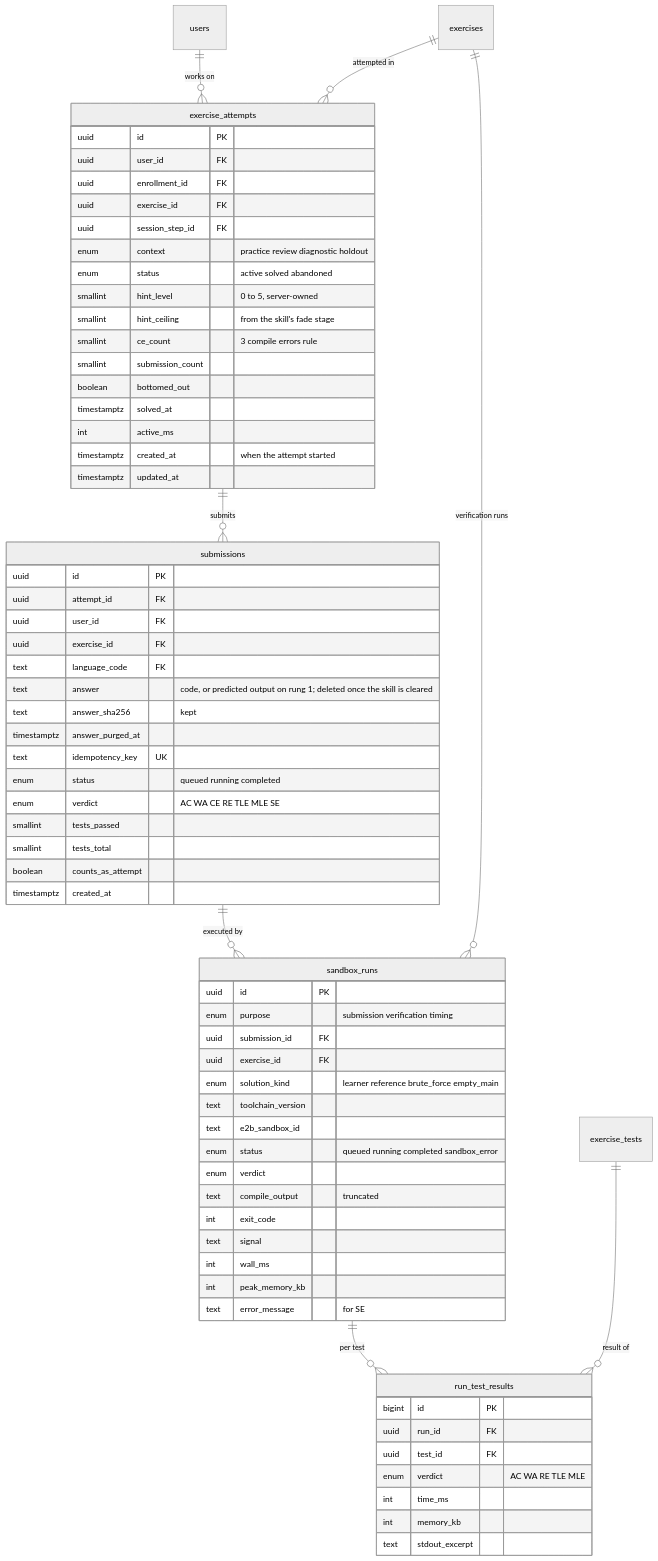
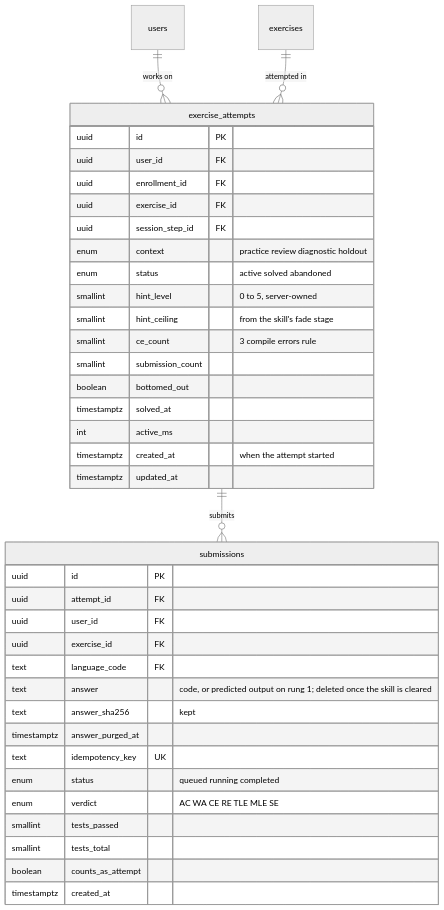
One commit to Nidanos/ai-tutor-platform changed diagram 14 of 23 in DOCS/phase-3/MP3-Draft-Report.md. Above: the diagram before and after it, drawn with Mermaid (neutral theme). The commit also changed other lines of this file and 1 other file, not shown here.

Commit message:
docs: make every Phase 3 report diagram readable in print

````diff
--- a/DOCS/phase-3/MP3-Draft-Report.md
+++ b/DOCS/phase-3/MP3-Draft-Report.md
@@ -881,71 +913,41 @@
 ```mermaid
 erDiagram
   users ||--o{ exercise_attempts : "works on"
   exercises ||--o{ exercise_attempts : "attempted in"
   exercise_attempts ||--o{ submissions : "submits"
-  submissions ||--o{ sandbox_runs : "executed by"
-  exercises ||--o{ sandbox_runs : "verification runs"
-  sandbox_runs ||--o{ run_test_results : "per test"
-  exercise_tests ||--o{ run_test_results : "result of"
   exercise_attempts {
     uuid id PK
     uuid user_id FK
     uuid enrollment_id FK
     uuid exercise_id FK
     uuid session_step_id FK
     enum context "practice review diagnostic holdout"
     enum status "active solved abandoned"
     smallint hint_level "0 to 5, server-owned"
     smallint hint_ceiling "from the skill's fade stage"
     smallint ce_count "3 compile errors rule"
     smallint submission_count
     boolean bottomed_out
     timestamptz solved_at
     int active_ms
     timestamptz created_at "when the attempt started"
     timestamptz updated_at
   }
   submissions {
     uuid id PK
     uuid attempt_id FK
     uuid user_id FK
     uuid exercise_id FK
     text language_code FK
     text answer "code, or predicted output on rung 1; deleted once the skill is cleared"
     text answer_sha256 "kept"
     timestamptz answer_purged_at
     text idempotency_key UK
     enum status "queued running completed"
     enum verdict "AC WA CE RE TLE MLE SE"
     smallint tests_passed
     smallint tests_total
     boolean counts_as_attempt
     timestamptz created_at
   }
-  sandbox_runs {
-    uuid id PK
-    enum purpose "submission verification timing"
-    uuid submission_id FK
-    uuid exercise_id FK
-    enum solution_kind "learner reference brute_force empty_main"
-    text toolchain_version
-    text e2b_sandbox_id
-    enum status "queued running completed sandbox_error"
-    enum verdict
-    text compile_output "truncated"
-    int exit_code
-    text signal
-    int wall_ms
-    int peak_memory_kb
-    text error_message "for SE"
-  }
-  run_test_results {
-    bigint id PK
-    uuid run_id FK
-    uuid test_id FK
-    enum verdict "AC WA RE TLE MLE"
-    int time_ms
-    int memory_kb
-    text stdout_excerpt
-  }
 ```
````
